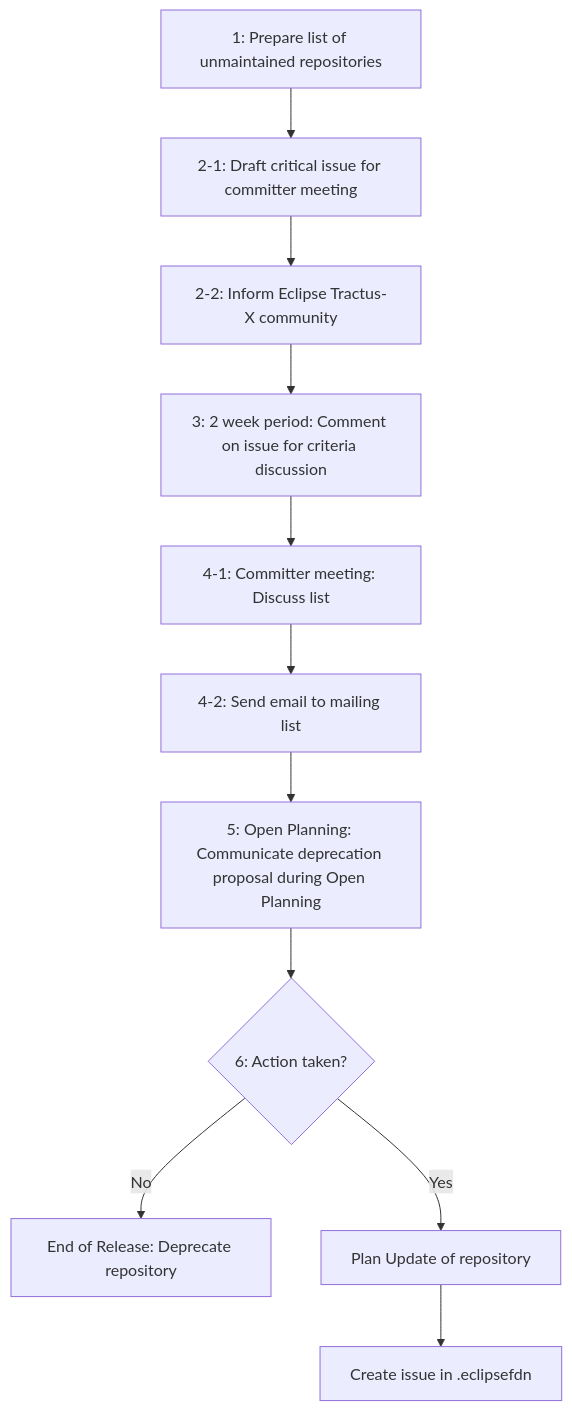
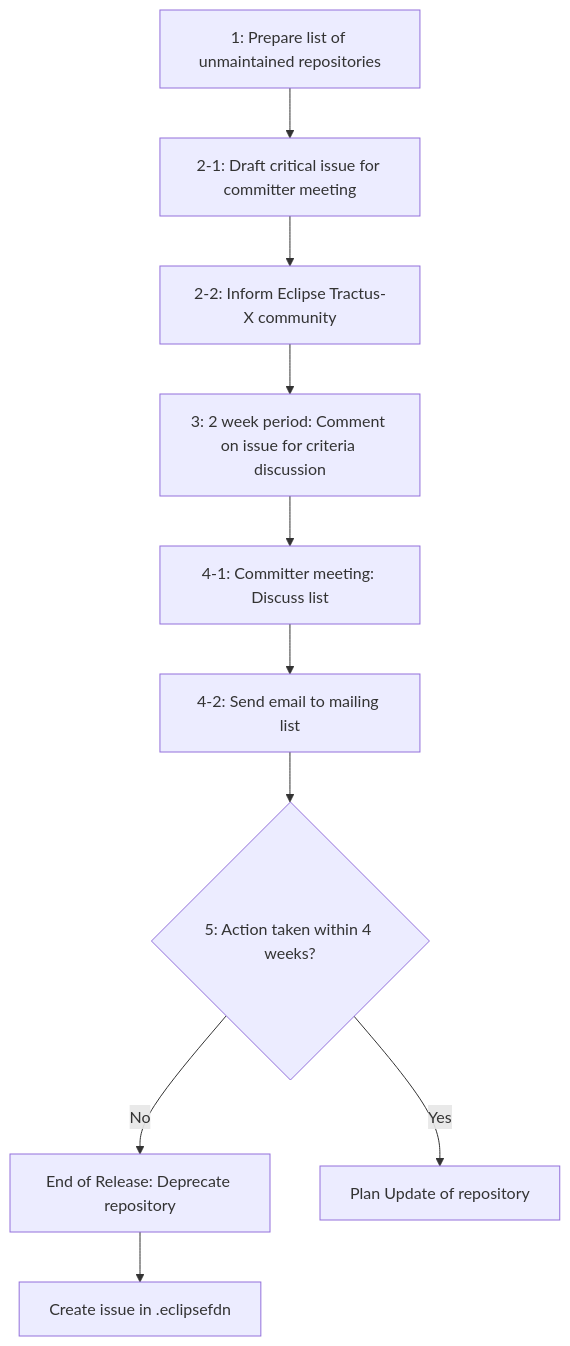
Before and after one commit to eclipse-tractusx/eclipse-tractusx.github.io: the first of 2 diagrams in docs/release/trg-7/trg-7-09.md, drawn with Mermaid. The commit also changed other lines of this file, not shown here.

````diff
--- a/docs/release/trg-7/trg-7-09.md
+++ b/docs/release/trg-7/trg-7-09.md
@@ -35,13 +38,12 @@
 ```mermaid
 graph TD
     A[1: Prepare list of unmaintained repositories] --> B[2-1: Draft critical issue for committer meeting]
     B --> C[2-2: Inform Eclipse Tractus-X community]
     C --> D[3: 2 week period: Comment on issue for criteria discussion]
     D --> E[4-1: Committer meeting: Discuss list]
     E --> F[4-2: Send email to mailing list]
-    F --> G[5: Open Planning: Communicate deprecation proposal during Open Planning]
-    G --> H{6: Action taken?}
-    H -->|No| I[End of Release: Deprecate repository]
-    H -->|Yes| J[Plan Update of repository]
-    J --> K[Create issue in .eclipsefdn]
+    F --> G{5: Action taken within 4 weeks?}
+    G -->|No| H[End of Release: Deprecate repository]
+    G -->|Yes| I[Plan Update of repository]
+    H --> J[Create issue in .eclipsefdn]
 ```
````
